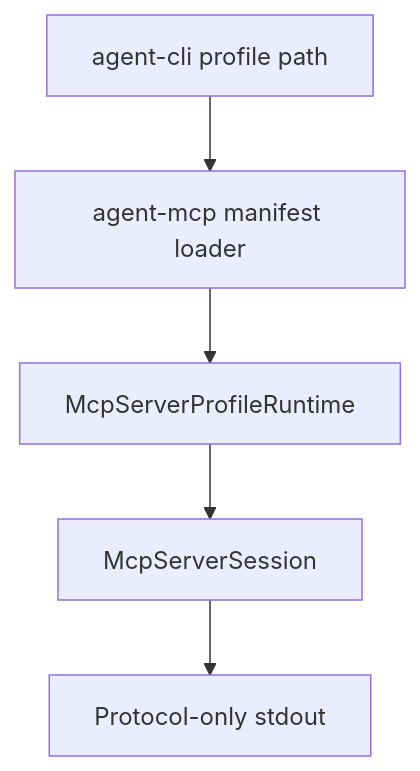
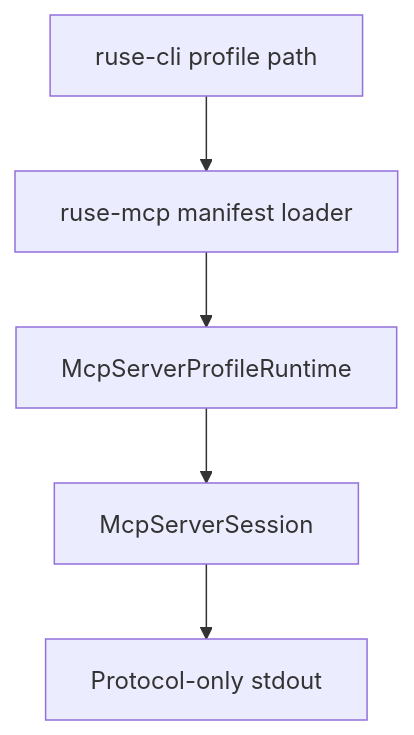
The diagram in docs/specs/M32-mcp-export-profile-runtime.spec.md (poneding/agent), drawn with Mermaid before and after one commit. The commit also changed other lines of this file and 2091 other files, not shown here.

First line of the commit message:
refactor: rename agent branding to ruse

````diff
--- a/docs/specs/M32-mcp-export-profile-runtime.spec.md
+++ b/docs/specs/M32-mcp-export-profile-runtime.spec.md
@@ -31,7 +31,7 @@
 ```mermaid
 flowchart TD
-  CLI["agent-cli profile path"] --> MCP["agent-mcp manifest loader"]
+  CLI["ruse-cli profile path"] --> MCP["ruse-mcp manifest loader"]
   MCP --> Profile["McpServerProfileRuntime"]
   Profile --> Session["McpServerSession"]
   Session --> Stdio["Protocol-only stdout"]
 ```
````
